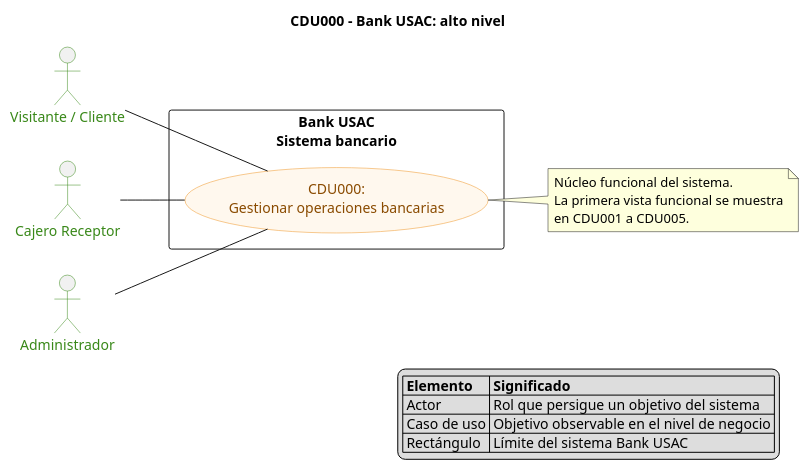
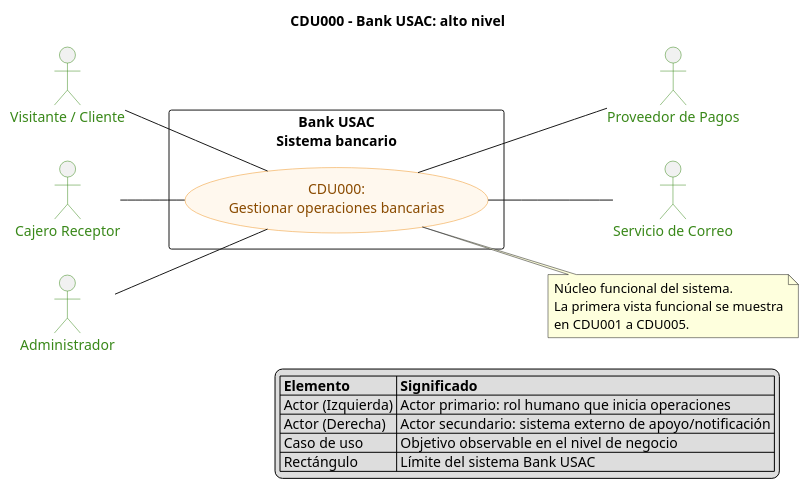
Before and after one commit to marcosbondel/Proyecto-SA-B-2: the diagram in docs/architecture/diagrams/cdu/00-alto-nivel.puml, drawn with PlantUML. The commit also changed 9 other files, not shown here.

Commit message:
feat: add public layout component and document core architecture use case diagrams

```diff
--- a/docs/architecture/diagrams/cdu/00-alto-nivel.puml
+++ b/docs/architecture/diagrams/cdu/00-alto-nivel.puml
@@ -1,42 +1,51 @@
 @startuml 00-alto-nivel
 left to right direction
 
 title CDU000 - Bank USAC: alto nivel
 
 skinparam shadowing false
 skinparam packageStyle rectangle
 skinparam usecase {
     BackgroundColor #FFF8EE
     BorderColor #EF9425
     FontColor #8A4B00
 }
 skinparam actor {
     BorderColor #398819
     FontColor #398819
 }
 
+' Actores primarios (iniciadores humanos del negocio)
 actor "Visitante / Cliente" as cliente
 actor "Cajero Receptor" as cajero
 actor "Administrador" as admin
 
 rectangle "Bank USAC\nSistema bancario" as bank {
     usecase "CDU000:\nGestionar operaciones bancarias" as core
 }
 
+' Actores secundarios (sistemas externos de soporte)
+actor "Proveedor de Pagos" as proveedorPagos
+actor "Servicio de Correo" as correo
+
 cliente -- core
 cajero -- core
 admin -- core
+
+core -- proveedorPagos
+core -- correo
 
 note right of core
     Núcleo funcional del sistema.
     La primera vista funcional se muestra
     en CDU001 a CDU005.
 end note
 
 legend right
     |= Elemento |= Significado |
-    | Actor | Rol que persigue un objetivo del sistema |
+    | Actor (Izquierda) | Actor primario: rol humano que inicia operaciones |
+    | Actor (Derecha) | Actor secundario: sistema externo de apoyo/notificación |
     | Caso de uso | Objetivo observable en el nivel de negocio |
     | Rectángulo | Límite del sistema Bank USAC |
 endlegend
 @enduml
```
